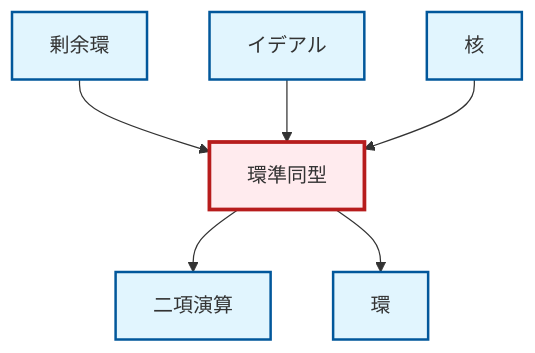
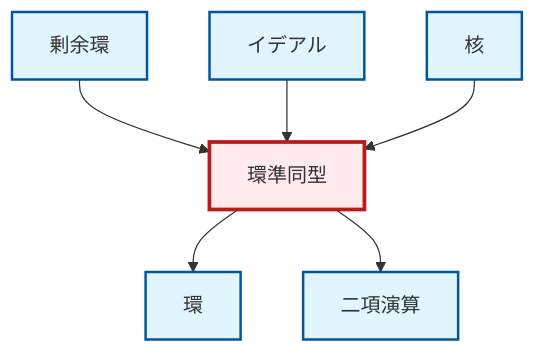
Before and after one commit to RK0429/ModernMath: the diagram in output/mermaid/ja/def-ring-homomorphism.mermaid, drawn with Mermaid. The commit also changed other lines of this file and 3102 other files, not shown here.

```diff
--- a/output/mermaid/ja/def-ring-homomorphism.mermaid
+++ b/output/mermaid/ja/def-ring-homomorphism.mermaid
@@ -1,18 +1,18 @@
 graph TD
     classDef definition fill:#e1f5fe,stroke:#01579b,stroke-width:2px
     classDef theorem fill:#f3e5f5,stroke:#4a148c,stroke-width:2px
     classDef axiom fill:#fff3e0,stroke:#e65100,stroke-width:2px
     classDef example fill:#e8f5e9,stroke:#1b5e20,stroke-width:2px
     classDef current fill:#ffebee,stroke:#b71c1c,stroke-width:3px
+    def-ring["環"]:::definition
+    def-binary-operation["二項演算"]:::definition
+    def-ring-homomorphism["環準同型"]:::definition
+    def-quotient-ring["剰余環"]:::definition
     def-kernel["核"]:::definition
     def-ideal["イデアル"]:::definition
-    def-ring["環"]:::definition
-    def-ring-homomorphism["環準同型"]:::definition
-    def-quotient-ring["剰余環"]:::definition
-    def-binary-operation["二項演算"]:::definition
+    def-ring-homomorphism --> def-ring
     def-quotient-ring --> def-ring-homomorphism
+    def-ideal --> def-ring-homomorphism
+    def-kernel --> def-ring-homomorphism
     def-ring-homomorphism --> def-binary-operation
-    def-ideal --> def-ring-homomorphism
-    def-ring-homomorphism --> def-ring
-    def-kernel --> def-ring-homomorphism
     class def-ring-homomorphism current
```
